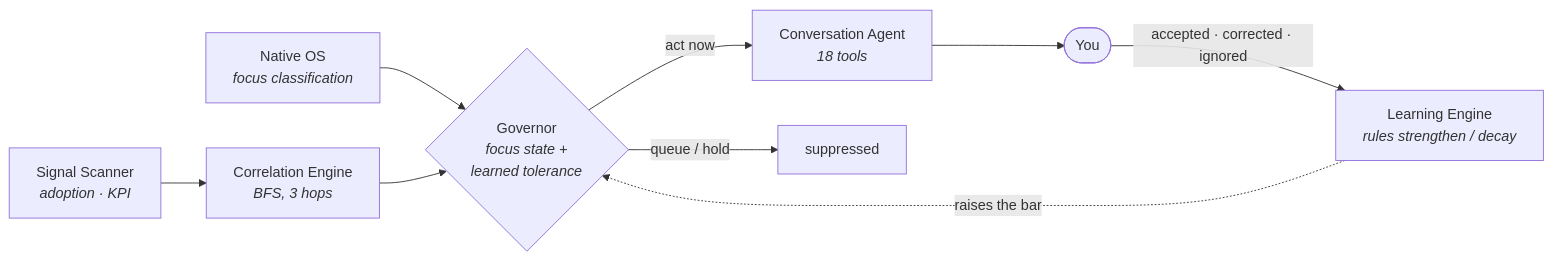
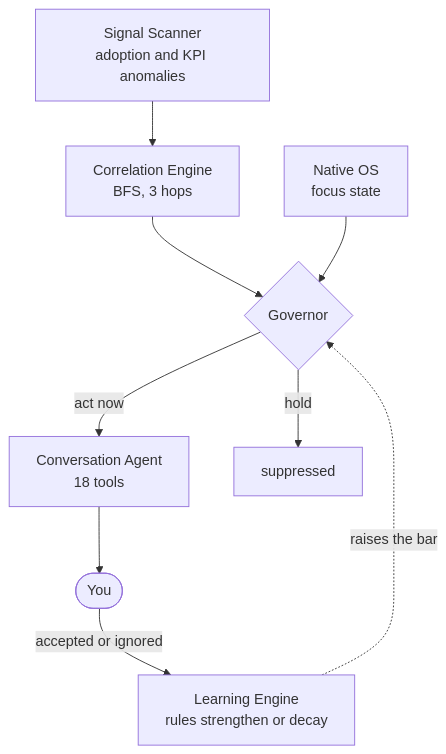
Before and after one commit to baldwinjames/portfolio: the second of 4 diagrams in nexus.md, drawn with Mermaid. The commit also changed other lines of this file, not shown here.

Commit message:
Diagrams sized to GitHub's column so nothing gets scaled down

````diff
--- a/nexus.md
+++ b/nexus.md
@@ -50,11 +50,11 @@
 ```mermaid
-flowchart LR
-    SS["Signal Scanner<br/><i>adoption · KPI</i>"] --> CE["Correlation Engine<br/><i>BFS, 3 hops</i>"]
-    NOS["Native OS<br/><i>focus classification</i>"] --> GOV
-    CE --> GOV{"Governor<br/><i>focus state +<br/>learned tolerance</i>"}
-    GOV -->|"act now"| CA["Conversation Agent<br/><i>18 tools</i>"]
-    GOV -->|"queue / hold"| HOLD["suppressed"]
+flowchart TB
+    SS["Signal Scanner<br/>adoption and KPI anomalies"] --> CE["Correlation Engine<br/>BFS, 3 hops"]
+    CE --> GOV{"Governor"}
+    NOS["Native OS<br/>focus state"] --> GOV
+    GOV -->|"act now"| CA["Conversation Agent<br/>18 tools"]
+    GOV -->|"hold"| X["suppressed"]
     CA --> YOU(["You"])
-    YOU -->|"accepted · corrected · ignored"| LE["Learning Engine<br/><i>rules strengthen / decay</i>"]
+    YOU -->|"accepted or ignored"| LE["Learning Engine<br/>rules strengthen or decay"]
     LE -.->|"raises the bar"| GOV
 ```
````
